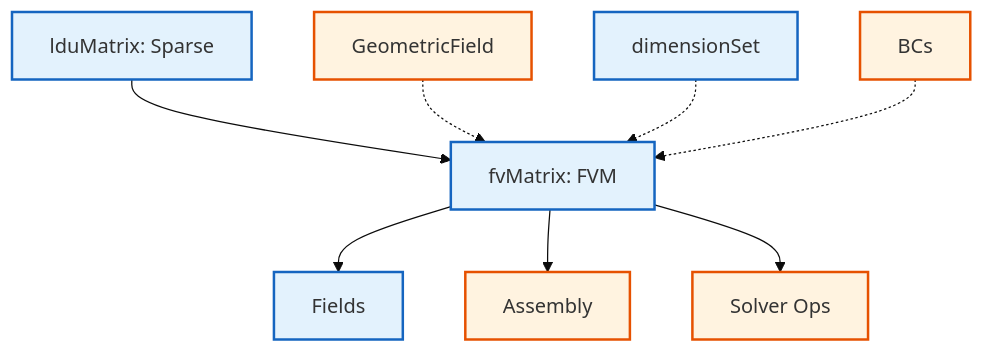
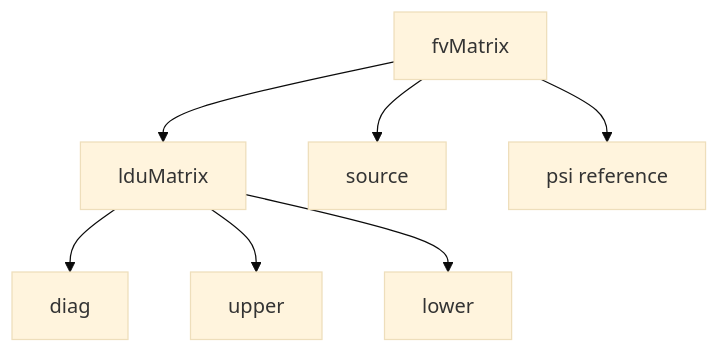
The diagram in MODULE_05_OPENFOAM_PROGRAMMING/CONTENT/06_MATRICES_LINEARALGEBRA/03_fvMatrix_Architecture.md (wramet/build-my-cfd), drawn with Mermaid (base theme) before and after one commit. The commit also changed other lines of this file and 384 other files, not shown here.

````diff
--- a/MODULE_05_OPENFOAM_PROGRAMMING/CONTENT/06_MATRICES_LINEARALGEBRA/03_fvMatrix_Architecture.md
+++ b/MODULE_05_OPENFOAM_PROGRAMMING/CONTENT/06_MATRICES_LINEARALGEBRA/03_fvMatrix_Architecture.md
@@ -20,14 +11,9 @@
 ```mermaid
 flowchart TD
-%% Classes
-classDef explicit fill:#fff3e0,stroke:#e65100,stroke-width:2px;
-classDef implicit fill:#e3f2fd,stroke:#1565c0,stroke-width:2px;
-%% Nodes
-A[lduMatrix: Sparse]:::implicit --> B[fvMatrix: FVM]:::implicit
-C[GeometricField]:::explicit -.-> B
-D[dimensionSet]:::implicit -.-> B
-E[BCs]:::explicit -.-> B
-B --> F[Fields]:::implicit
-B --> G[Assembly]:::explicit
-B --> H[Solver Ops]:::explicit
+    A[fvMatrix] --> B[lduMatrix]
+    B --> C[diag]
+    B --> D[upper]
+    B --> E[lower]
+    A --> F[source]
+    A --> G[psi reference]
 ```
````
